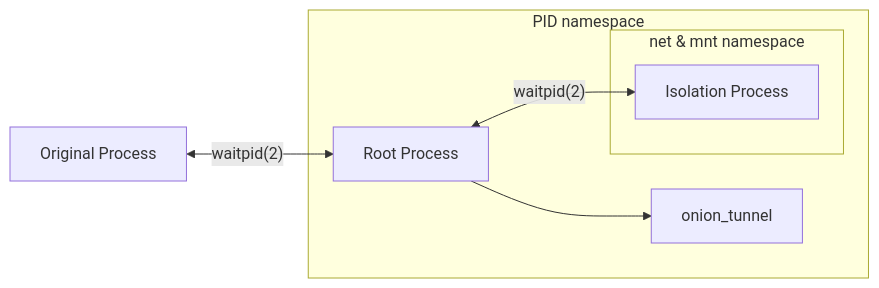
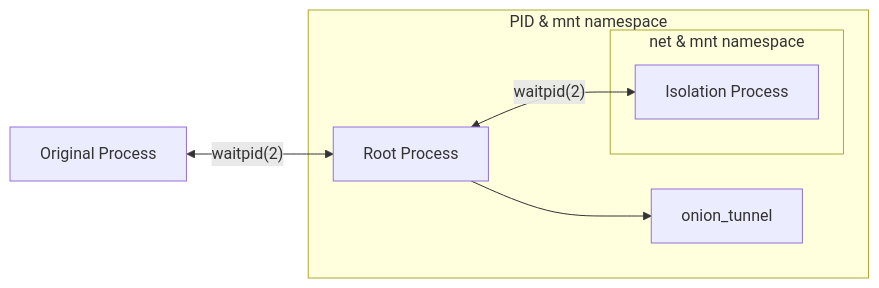
The diagram in README.md (Crackd-jack/oniux), drawn with Mermaid before and after one commit. The commit also changed 1 other file, not shown here.

Commit message:
Remount /proc in PID namespace
This commit remounts `/proc` in the PID namespace by also creating a
mount namespace.  This operation is required and a common caveat in the
use of PID namespaces.

Fix #3

````diff
--- a/README.md
+++ b/README.md
@@ -56,11 +56,11 @@
 ```mermaid
 graph LR
     A[Original Process] -- waitpid(2) <--> B
-    subgraph root[PID namespace]
+    subgraph root[PID & mnt namespace]
     subgraph isolation[net & mnt namespace]
     C[Isolation Process]
     end
     B[Root Process] -- waitpid(2) <--> C[Isolation Process]
     B --> D[onion_tunnel]
     end
 ```
````
